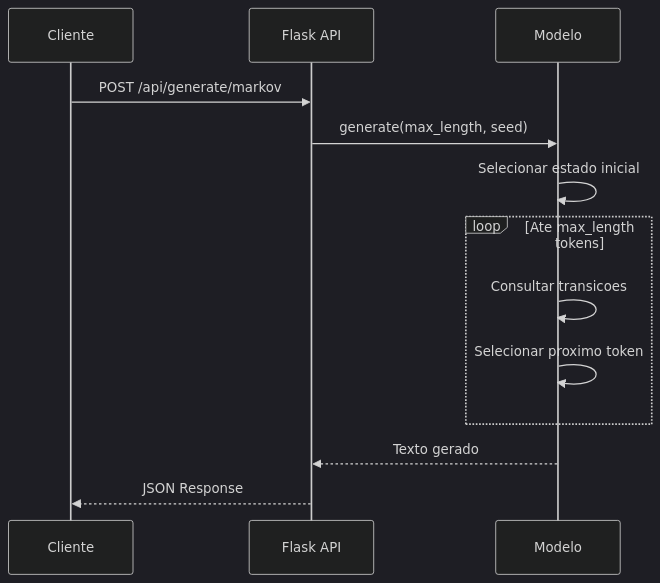
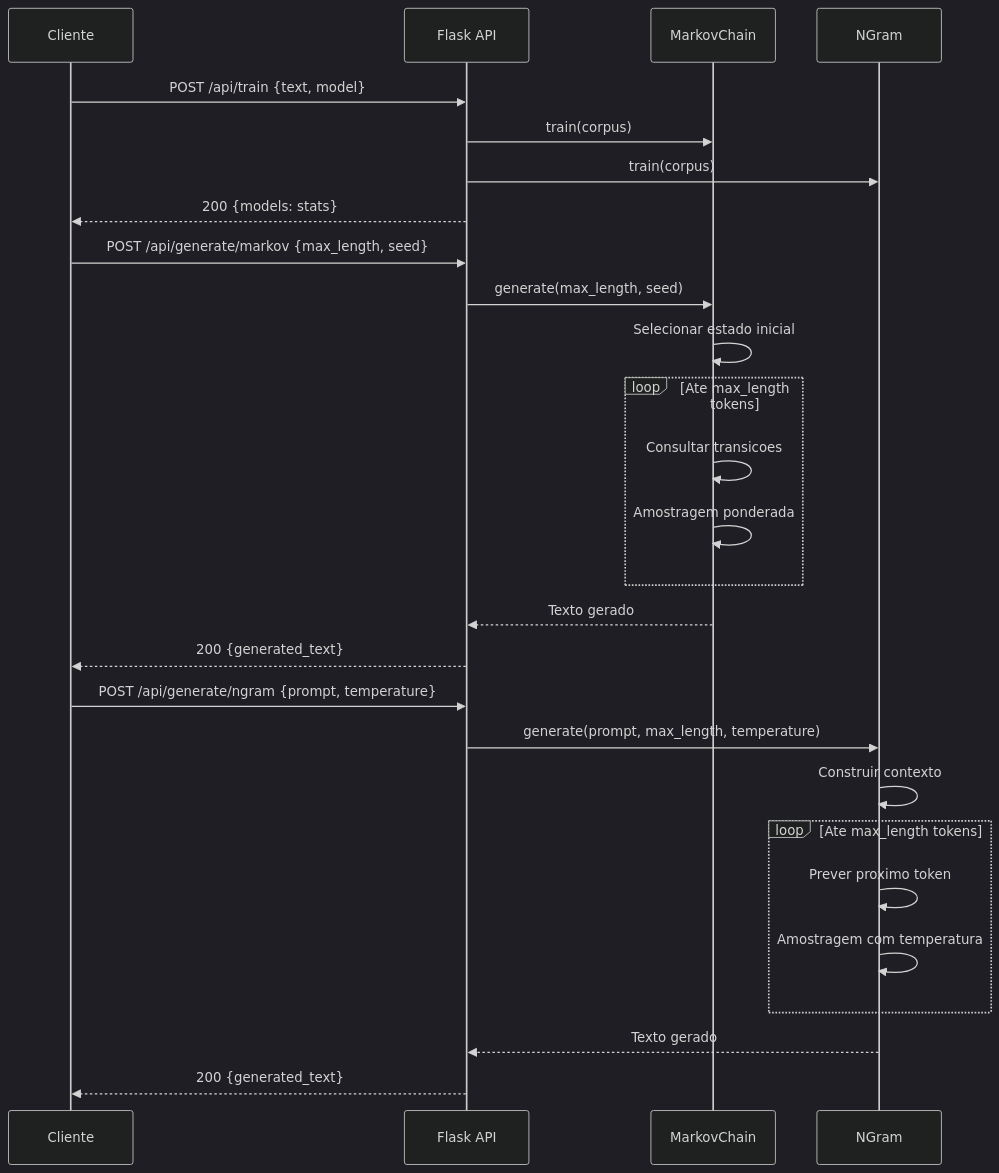
Before and after one commit to galafis/Text-Generation-API: the second of 4 diagrams in README.md, drawn with Mermaid (dark theme). The commit also changed other lines of this file and 2 other files, not shown here.

````diff
--- a/README.md
+++ b/README.md
@@ -48,16 +63,32 @@
 ```mermaid
 sequenceDiagram
     participant C as Cliente
     participant API as Flask API
-    participant M as Modelo
+    participant MC as MarkovChain
+    participant NG as NGram
 
-    C->>API: POST /api/generate/markov
-    API->>M: generate(max_length, seed)
-    M->>M: Selecionar estado inicial
+    C->>API: POST /api/train {text, model}
+    API->>MC: train(corpus)
+    API->>NG: train(corpus)
+    API-->>C: 200 {models: stats}
+
+    C->>API: POST /api/generate/markov {max_length, seed}
+    API->>MC: generate(max_length, seed)
+    MC->>MC: Selecionar estado inicial
     loop Ate max_length tokens
-        M->>M: Consultar transicoes
-        M->>M: Selecionar proximo token
+        MC->>MC: Consultar transicoes
+        MC->>MC: Amostragem ponderada
     end
-    M-->>API: Texto gerado
-    API-->>C: JSON Response
+    MC-->>API: Texto gerado
+    API-->>C: 200 {generated_text}
+
+    C->>API: POST /api/generate/ngram {prompt, temperature}
+    API->>NG: generate(prompt, max_length, temperature)
+    NG->>NG: Construir contexto
+    loop Ate max_length tokens
+        NG->>NG: Prever proximo token
+        NG->>NG: Amostragem com temperatura
+    end
+    NG-->>API: Texto gerado
+    API-->>C: 200 {generated_text}
 ```
````
